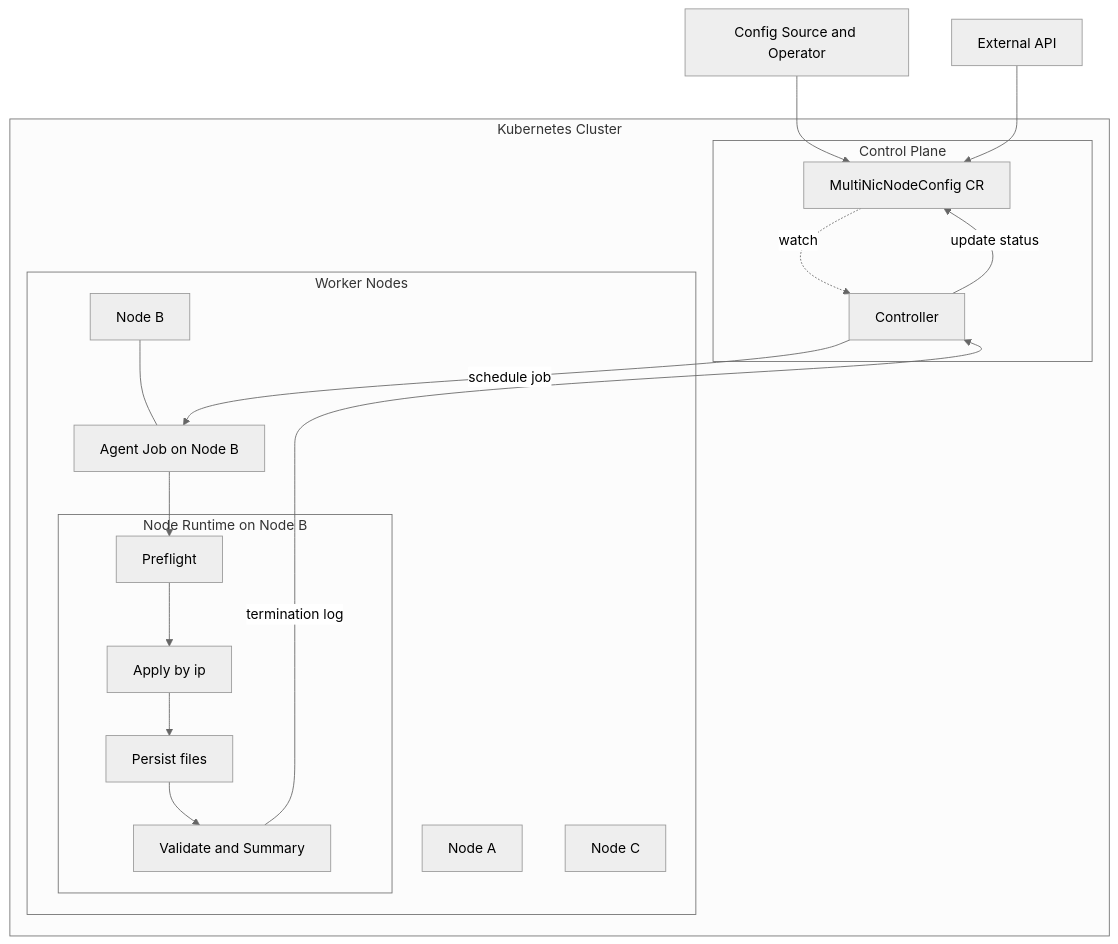
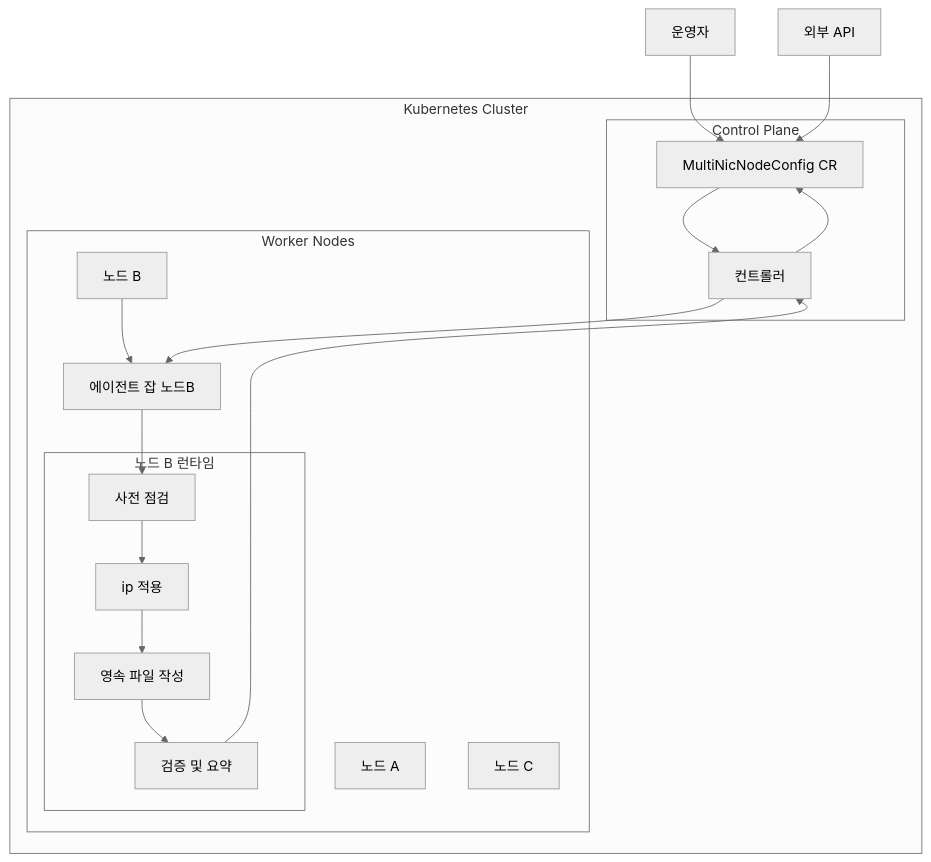
The first of 2 diagrams in README.md (Minzino/multi-network-interface-agent), drawn with Mermaid (neutral theme) before and after one commit.

Commit message:
docs(readme): fix mermaid architecture syntax (remove parentheses and triple-dash link)
- Labels simplified and connections changed to arrows for parser compatibility.
- Keep Korean labels and per-node runtime example intact.

````diff
--- a/README.md
+++ b/README.md
@@ -35,36 +35,36 @@
 ```mermaid
 flowchart TB
-  EXT[Config Source and Operator]
-  EXTAPI[External API]
+  외부API[외부 API]
+  운영자[운영자]
 
-  subgraph K8s_Cluster[Kubernetes Cluster]
-    subgraph Control_Plane[Control Plane]
-      CTL[Controller]
+  subgraph 쿠버네티스클러스터[Kubernetes Cluster]
+    subgraph 컨트롤플레인[Control Plane]
+      컨트롤러[컨트롤러]
       CR[MultiNicNodeConfig CR]
     end
 
-    subgraph Worker_Nodes[Worker Nodes]
-      Node_A[Node A]
-      Node_B[Node B]
-      Node_C[Node C]
-      JOB[Agent Job on Node B]
-      Node_B --- JOB
+    subgraph 워커노드[Worker Nodes]
+      노드A[노드 A]
+      노드B[노드 B]
+      노드C[노드 C]
+      잡[에이전트 잡 노드B]
+      노드B --> 잡
 
-      subgraph Node_Runtime[Node Runtime on Node B]
-        PF[Preflight]
-        IP[Apply by ip]
-        PERSIST[Persist files]
-        VAL[Validate and Summary]
+      subgraph 노드런타임[노드 B 런타임]
+        사전점검[사전 점검]
+        적용[ip 적용]
+        영속[영속 파일 작성]
+        검증[검증 및 요약]
       end
 
-      JOB --> PF --> IP --> PERSIST --> VAL
+      잡 --> 사전점검 --> 적용 --> 영속 --> 검증
     end
   end
 
-  EXT --> CR
-  EXTAPI --> CR
-  CR -.watch.-> CTL
-  CTL -->|schedule job| JOB
-  VAL -->|termination log| CTL
-  CTL -->|update status| CR
+  운영자 --> CR
+  외부API --> CR
+  CR --> 컨트롤러
+  컨트롤러 --> 잡
+  검증 --> 컨트롤러
+  컨트롤러 --> CR
 ```
````
